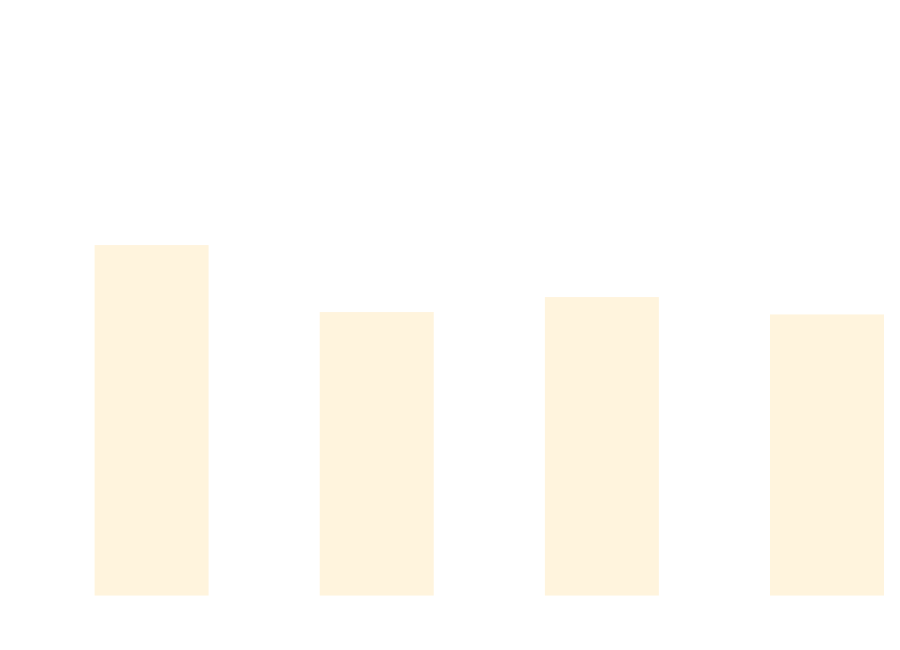
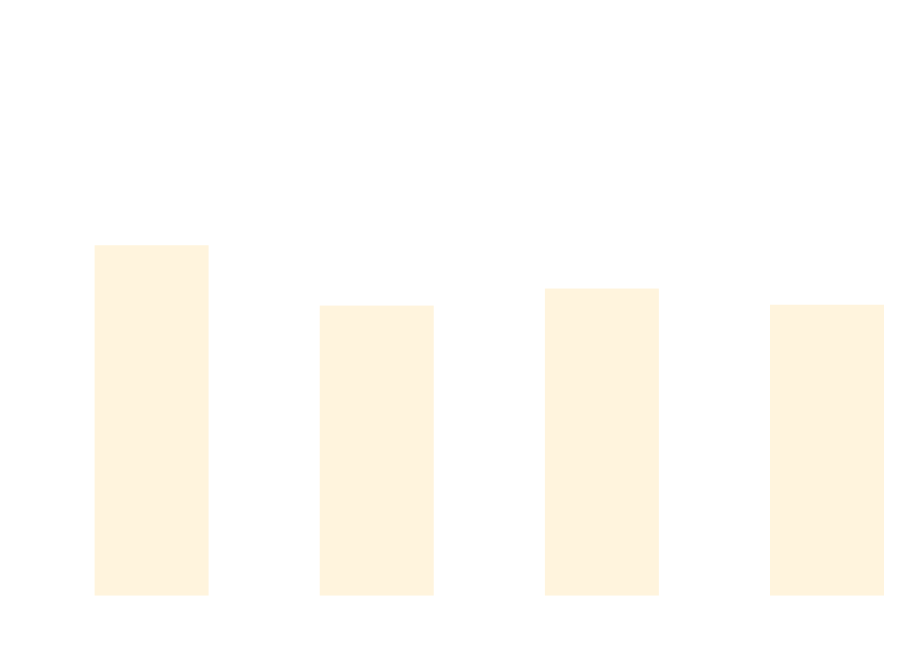
Before and after one commit to thomhurst/TUnit: the diagram in docs/docs/benchmarks/BuildTime.md, drawn with Mermaid. The commit also changed other lines of this file and 17 other files, not shown here.

````diff
--- a/docs/docs/benchmarks/BuildTime.md
+++ b/docs/docs/benchmarks/BuildTime.md
@@ -28,37 +28,37 @@
 ```mermaid
 %%{init: {
   'theme':'base',
   'themeVariables': {
     'primaryColor': '#2563eb',
     'primaryTextColor': '#ffffff',
     'primaryBorderColor': '#1e40af',
     'lineColor': '#6b7280',
     'secondaryColor': '#7c3aed',
     'tertiaryColor': '#dc2626',
     'background': '#ffffff',
     'mainBkg': '#2563eb',
     'secondBkg': '#7c3aed',
     'tertiaryBkg': '#dc2626',
     'clusterBkg': '#f3f4f6',
     'edgeLabelBackground': '#ffffff',
     'tertiaryTextColor': '#1f2937',
     'pie1': '#2563eb',
     'pie2': '#7c3aed',
     'pie3': '#dc2626',
     'pie4': '#f59e0b',
     'pie5': '#10b981',
     'pie6': '#06b6d4',
     'pie7': '#ec4899',
     'pie8': '#6366f1',
     'pie9': '#84cc16',
     'pie10': '#f97316',
     'pie11': '#14b8a6',
     'pie12': '#a855f7'
   }
 }}%%
 xychart-beta
   title "Build Time Comparison"
   x-axis ["Build_TUnit", "Build_NUnit", "Build_MSTest", "Build_xUnit3"]
   y-axis "Time (s)" 0 --> 3
-  bar [1.999, 1.606, 1.694, 1.592]
+  bar [1.998, 1.644, 1.744, 1.649]
 ```
````
